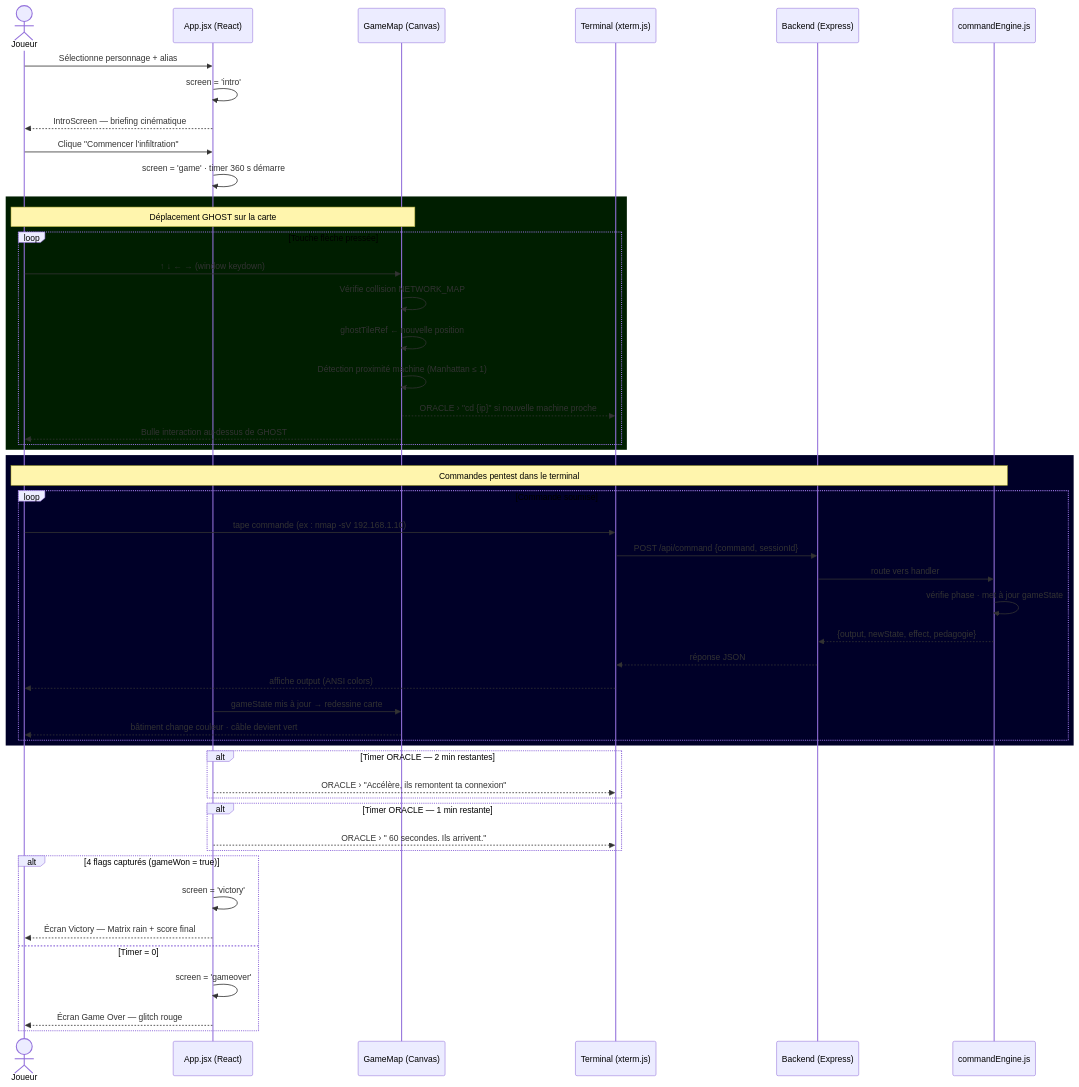
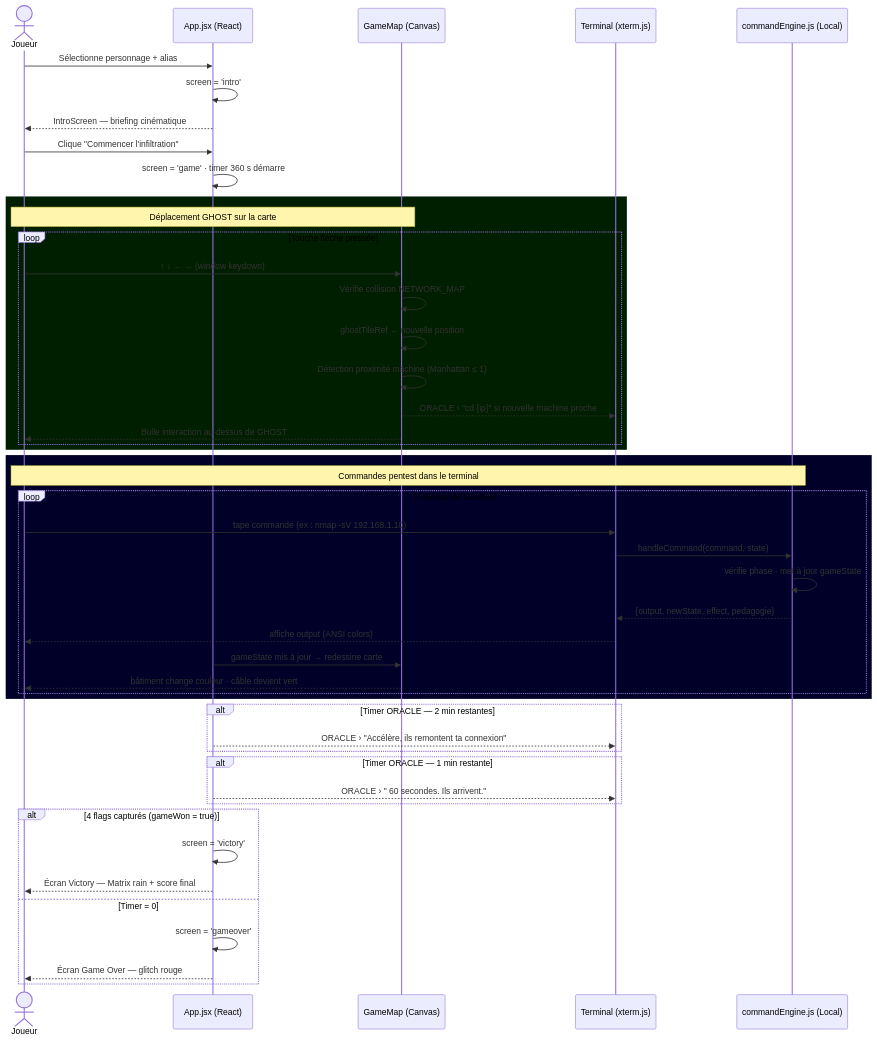
One commit to JamaiAli/CyberquestProject changed the first of 2 diagrams in README.md. Above: the diagram before and after it, drawn with Mermaid. The commit also changed other lines of this file, not shown here.

Commit message:
docs: remove backend references from diagrams and architecture tree for the standalone PoC

````diff
--- a/README.md
+++ b/README.md
@@ -164,57 +164,54 @@
 ```mermaid
 sequenceDiagram
  actor P as Joueur
  participant UI as App.jsx (React)
  participant GM as GameMap (Canvas)
  participant T as Terminal (xterm.js)
- participant B as Backend (Express)
- participant CE as commandEngine.js
+ participant CE as commandEngine.js (Local)
 
  P->>UI: Sélectionne personnage + alias
  UI->>UI: screen = 'intro'
  UI-->>P: IntroScreen — briefing cinématique
  P->>UI: Clique "Commencer l'infiltration"
  UI->>UI: screen = 'game' · timer 360 s démarre
 
  rect rgb(0, 30, 0)
  note over P,GM: Déplacement GHOST sur la carte
  loop Touche flèche pressée
  P->>GM: ↑ ↓ ← → (window keydown)
  GM->>GM: Vérifie collision NETWORK_MAP
  GM->>GM: ghostTileRef ← nouvelle position
  GM->>GM: Détection proximité machine (Manhattan ≤ 1)
  GM-->>T: ORACLE › "cd {ip}" si nouvelle machine proche
  GM-->>P: Bulle interaction au-dessus de GHOST
  end
  end
 
  rect rgb(0, 0, 40)
  note over P,CE: Commandes pentest dans le terminal
  loop Commande soumise
  P->>T: tape commande (ex : nmap -sV 192.168.1.10)
- T->>B: POST /api/command {command, sessionId}
- B->>CE: route vers handler
+ T->>CE: handleCommand(command, state)
  CE->>CE: vérifie phase · met à jour gameState
- CE-->>B: {output, newState, effect, pedagogie}
- B-->>T: réponse JSON
+ CE-->>T: {output, newState, effect, pedagogie}
  T-->>P: affiche output (ANSI colors)
  UI->>GM: gameState mis à jour → redessine carte
  GM-->>P: bâtiment change couleur · câble devient vert
  end
  end
 
  alt Timer ORACLE — 2 min restantes
  UI-->>T: ORACLE › "Accélère, ils remontent ta connexion"
  end
  alt Timer ORACLE — 1 min restante
  UI-->>T: ORACLE › " 60 secondes. Ils arrivent."
  end
 
  alt 4 flags capturés (gameWon = true)
  UI->>UI: screen = 'victory'
  UI-->>P: Écran Victory — Matrix rain + score final
  else Timer = 0
  UI->>UI: screen = 'gameover'
  UI-->>P: Écran Game Over — glitch rouge
  end
 ```
````
